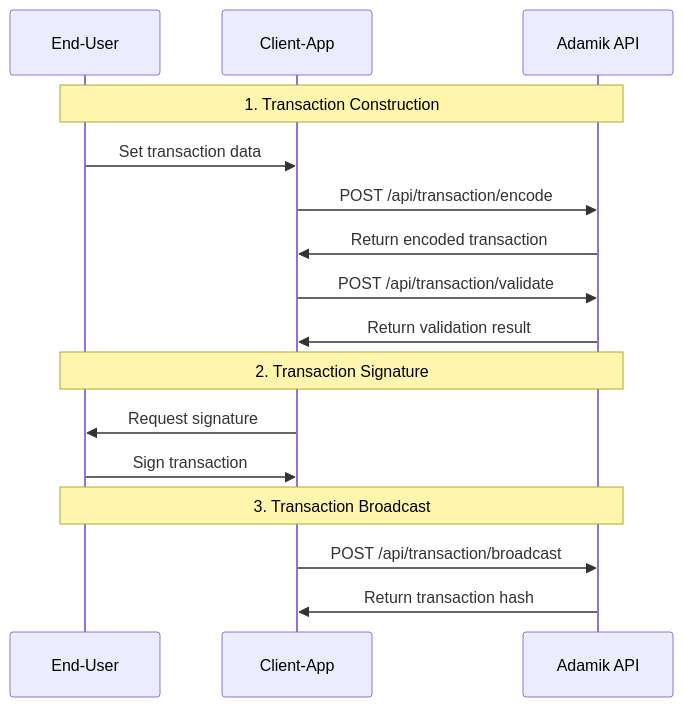
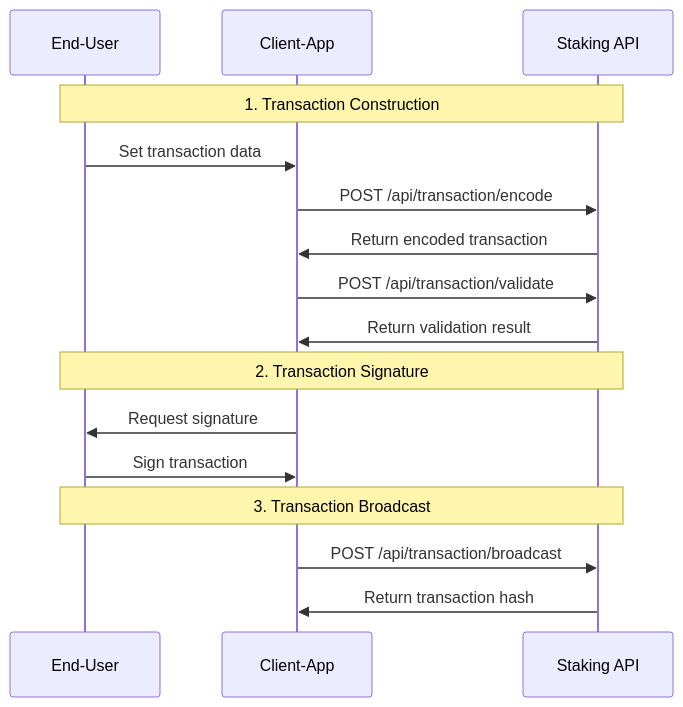
The diagram in api_overview/write_API_overview_and_interaction_flow.mdx (fabrice-adamik/docs-1), drawn with Mermaid before and after one commit. The commit also changed other lines of this file and 4 other files, not shown here.

````diff
--- a/api_overview/write_API_overview_and_interaction_flow.mdx
+++ b/api_overview/write_API_overview_and_interaction_flow.mdx
@@ -34,21 +34,21 @@
 ```mermaid
 sequenceDiagram
     participant USER as End-User
     participant CLIENT as Client-App
-    participant ADAMIK as Adamik API
+    participant ADAMIK as Staking API
 
     Note over USER,ADAMIK: 1. Transaction Construction
     USER->>CLIENT: Set transaction data
     CLIENT->>ADAMIK: POST /api/transaction/encode
     ADAMIK->>CLIENT: Return encoded transaction
     CLIENT->>ADAMIK: POST /api/transaction/validate
     ADAMIK->>CLIENT: Return validation result
 
     Note over USER,ADAMIK: 2. Transaction Signature
     CLIENT->>USER: Request signature
     USER->>CLIENT: Sign transaction
 
     Note over USER,ADAMIK: 3. Transaction Broadcast
     CLIENT->>ADAMIK: POST /api/transaction/broadcast
     ADAMIK->>CLIENT: Return transaction hash
 ```
````
